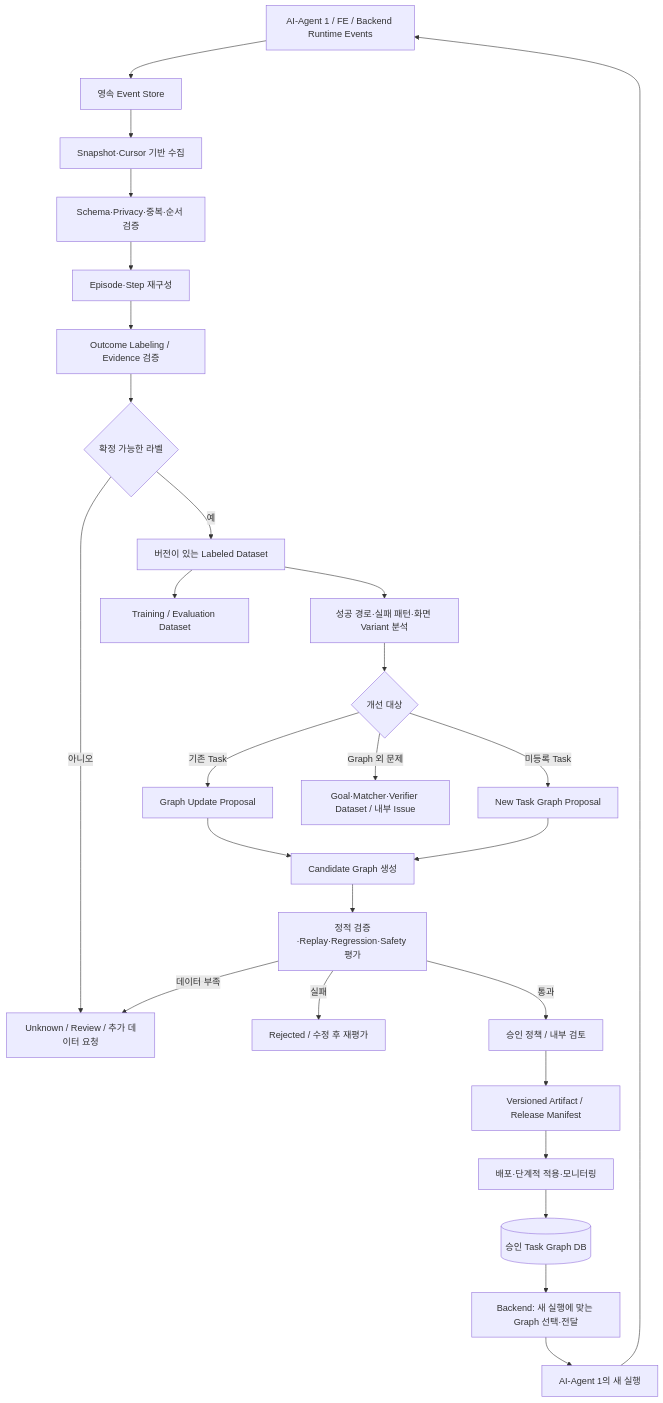
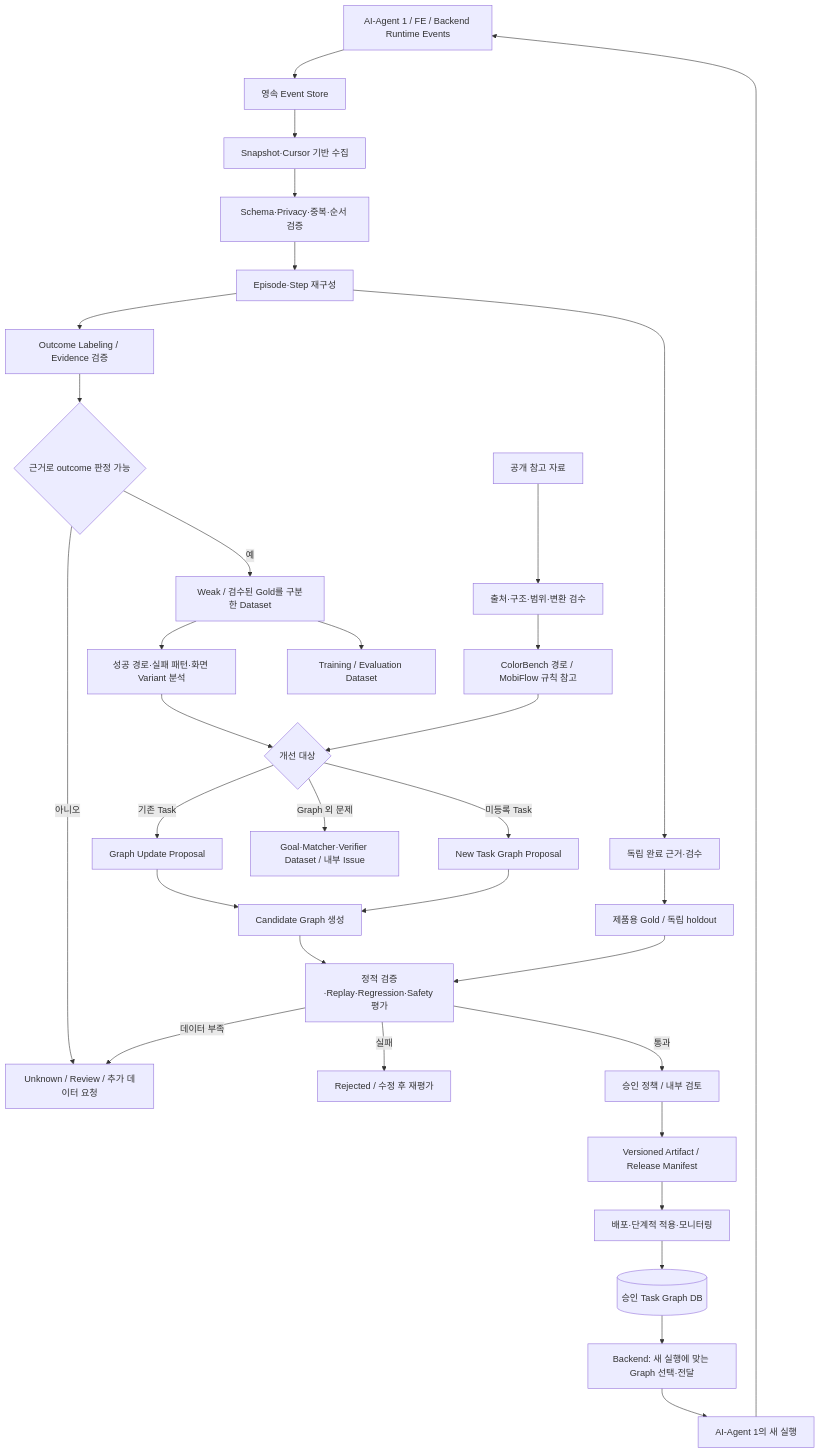
One commit to Bae-iri/Click changed the diagram in docs/ai-agent-2-graph-proposal.md. Above: the diagram before and after it, drawn with Mermaid. The commit also changed other lines of this file and 315 other files, not shown here.

Commit message:
feat: integrate agent recovery, goal flows, and frontend updates

````diff
--- a/docs/ai-agent-2-graph-proposal.md
+++ b/docs/ai-agent-2-graph-proposal.md
@@ -67,29 +77,35 @@
 ```mermaid
 flowchart TD
     A[AI-Agent 1 / FE / Backend Runtime Events] --> B[영속 Event Store]
     B --> C[Snapshot·Cursor 기반 수집]
     C --> D[Schema·Privacy·중복·순서 검증]
     D --> E[Episode·Step 재구성]
     E --> F[Outcome Labeling / Evidence 검증]
-    F --> G{확정 가능한 라벨}
+    F --> G{근거로 outcome 판정 가능}
     G -->|아니오| H[Unknown / Review / 추가 데이터 요청]
-    G -->|예| I[버전이 있는 Labeled Dataset]
+    G -->|예| I[Weak / 검수된 Gold를 구분한 Dataset]
+    PUBLIC[공개 참고 자료] --> IMPORT[출처·구조·범위·변환 검수]
+    IMPORT --> REF[ColorBench 경로 / MobiFlow 규칙 참고]
     I --> J[성공 경로·실패 패턴·화면 Variant 분석]
     J --> K{개선 대상}
+    REF --> K
     K -->|기존 Task| L[Graph Update Proposal]
     K -->|미등록 Task| M[New Task Graph Proposal]
     K -->|Graph 외 문제| N[Goal·Matcher·Verifier Dataset / 내부 Issue]
     L --> O[Candidate Graph 생성]
     M --> O
     O --> P[정적 검증·Replay·Regression·Safety 평가]
+    E --> REVIEW[독립 완료 근거·검수]
+    REVIEW --> GOLD[제품용 Gold / 독립 holdout]
+    GOLD --> P
     P -->|데이터 부족| H
     P -->|실패| Q[Rejected / 수정 후 재평가]
     P -->|통과| R[승인 정책 / 내부 검토]
     R --> S[Versioned Artifact / Release Manifest]
     S --> T[배포·단계적 적용·모니터링]
     T --> DB[(승인 Task Graph DB)]
     DB --> SELECT[Backend: 새 실행에 맞는 Graph 선택·전달]
     SELECT --> U[AI-Agent 1의 새 실행]
     U --> A
     I --> V[Training / Evaluation Dataset]
 ```
````
